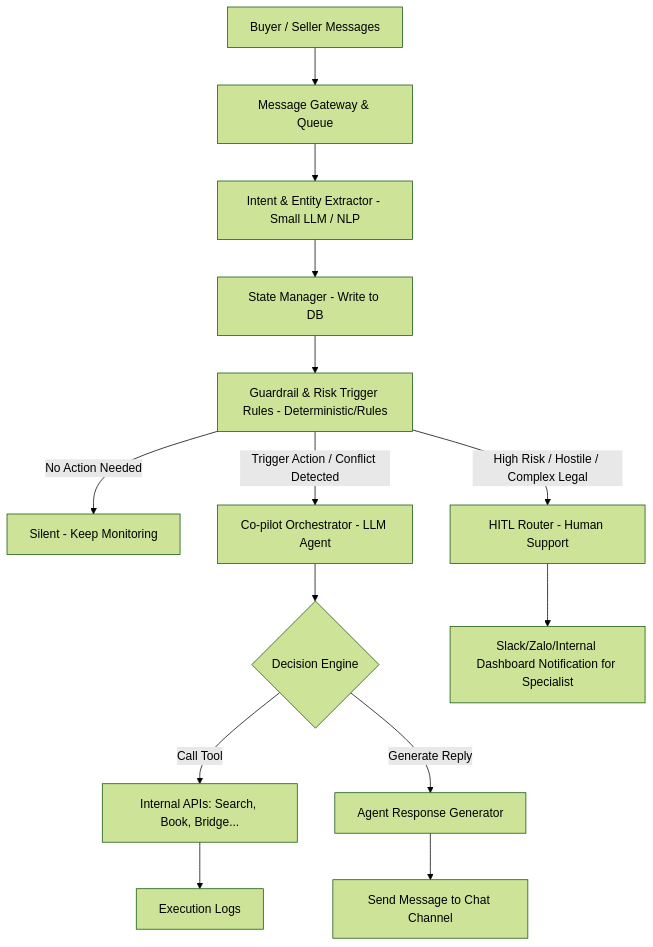
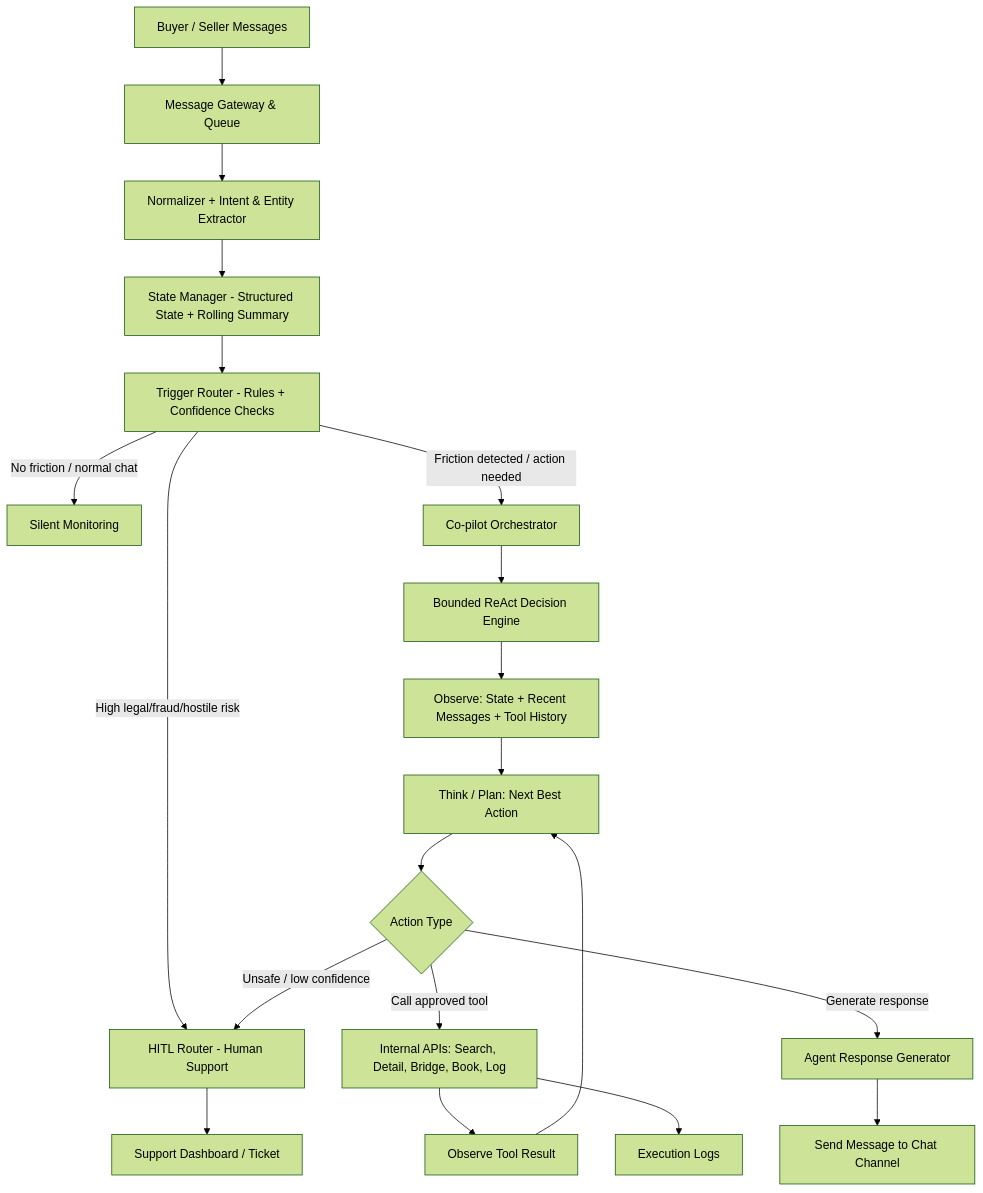
One commit to nguyenit67/motorbike-marketplace-ai-chat-agent changed the diagram in README.md. Above: the diagram before and after it, drawn with Mermaid (forest theme). The commit also changed other lines of this file, not shown here.

Commit message:
Clarify bounded ReAct decision engine architecture

````diff
--- a/README.md
+++ b/README.md
@@ -149,18 +149,27 @@
 ```mermaid
 graph TD
     A[Buyer / Seller Messages] --> B[Message Gateway & Queue]
-    B --> C[Intent & Entity Extractor - Small LLM / NLP]
-    C --> D[State Manager - Write to DB]
-    D --> E[Guardrail & Risk Trigger Rules - Deterministic/Rules]
-    E -->|No Action Needed| F[Silent - Keep Monitoring]
-    E -->|Trigger Action / Conflict Detected| G[Co-pilot Orchestrator - LLM Agent]
-    E -->|High Risk / Hostile / Complex Legal| H[HITL Router - Human Support]
+    B --> C[Normalizer + Intent & Entity Extractor]
+    C --> D[State Manager - Structured State + Rolling Summary]
+    D --> E[Trigger Router - Rules + Confidence Checks]
 
-    G --> I{Decision Engine}
-    I -->|Call Tool| J[Internal APIs: Search, Book, Bridge...]
-    I -->|Generate Reply| K[Agent Response Generator]
+    E -->|No friction / normal chat| F[Silent Monitoring]
+    E -->|High legal/fraud/hostile risk| H[HITL Router - Human Support]
+    E -->|Friction detected / action needed| G[Co-pilot Orchestrator]
 
+    G --> I[Bounded ReAct Decision Engine]
+    I --> I1[Observe: State + Recent Messages + Tool History]
+    I1 --> I2[Think / Plan: Next Best Action]
+    I2 --> I3{Action Type}
+
+    I3 -->|Call approved tool| J[Internal APIs: Search, Detail, Bridge, Book, Log]
+    J --> I4[Observe Tool Result]
+    I4 --> I2
+
+    I3 -->|Generate response| K[Agent Response Generator]
+    I3 -->|Unsafe / low confidence| H
+
+    K --> M[Send Message to Chat Channel]
     J --> L[Execution Logs]
-    K --> M[Send Message to Chat Channel]
-    H --> N[Slack/Zalo/Internal Dashboard Notification for Specialist]
+    H --> N[Support Dashboard / Ticket]
 ```
````
